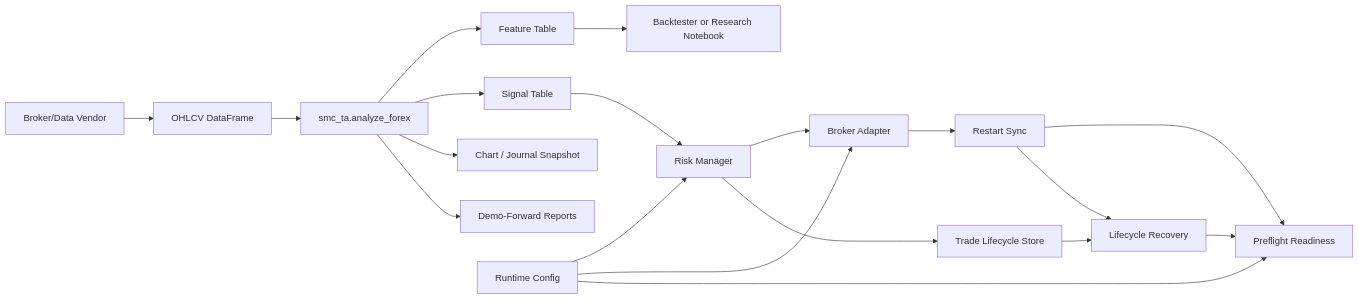
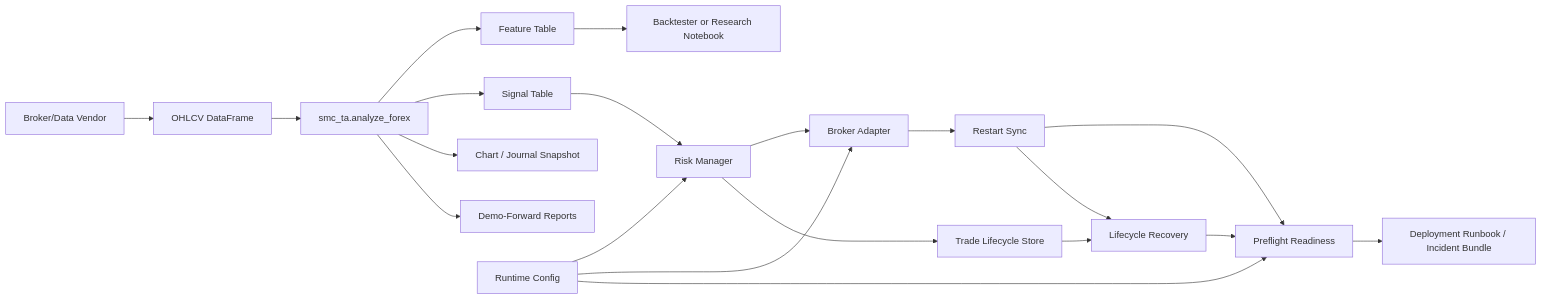
The diagram in docs/BOT_INTEGRATION.md (primebdsm/smcandta), drawn with Mermaid before and after one commit. The commit also changed other lines of this file and 17 other files, not shown here.

Commit message:
Add deployment runbook and incident procedures

````diff
--- a/docs/BOT_INTEGRATION.md
+++ b/docs/BOT_INTEGRATION.md
@@ -5,21 +5,22 @@
 ```mermaid
 flowchart LR
   A["Broker/Data Vendor"] --> B["OHLCV DataFrame"]
   B --> C["smc_ta.analyze_forex"]
   C --> D["Feature Table"]
   C --> E["Signal Table"]
   D --> F["Backtester or Research Notebook"]
   E --> G["Risk Manager"]
   G --> H["Broker Adapter"]
   G --> J["Trade Lifecycle Store"]
   C --> I["Chart / Journal Snapshot"]
   C --> N["Demo-Forward Reports"]
   K["Runtime Config"] --> G
   K --> H
   K --> L["Preflight Readiness"]
   H --> M["Restart Sync"]
   M --> L
   J --> O["Lifecycle Recovery"]
   M --> O
   O --> L
+  L --> P["Deployment Runbook / Incident Bundle"]
 ```
````
